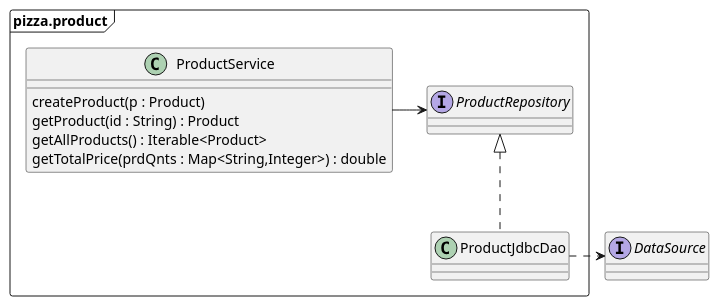
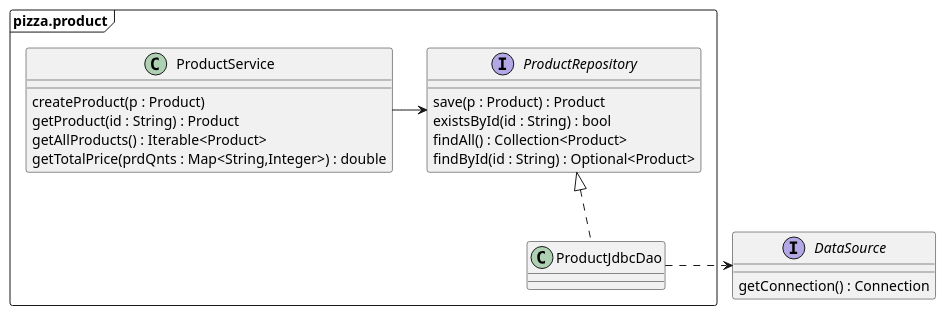
Before and after one commit to codevibe-de/spring-pizza-all: the diagram in doc/product.puml, drawn with PlantUML.

Commit message:
extended product.puml

```diff
--- a/doc/product.puml
+++ b/doc/product.puml
@@ -1,20 +1,30 @@
 @startuml
 'https://plantuml.com/class-diagram
 set namespaceSeparator ::
 
 package "pizza.product" <<Frame>> {
+
 class ProductService {
 createProduct(p : Product)
 getProduct(id : String) : Product
 getAllProducts() : Iterable<Product>
 getTotalPrice(prdQnts : Map<String,Integer>) : double
 }
-interface ProductRepository
+
+interface ProductRepository {
+save(p : Product) : Product
+existsById(id : String) : bool
+findAll() : Collection<Product>
+findById(id : String) : Optional<Product>
+}
+
 class ProductJdbcDao implements ProductRepository
 }
 
-interface DataSource
+interface DataSource {
+getConnection() : Connection
+}
 
 ProductService -right-> ProductRepository
 ProductJdbcDao .-right-> DataSource
 @enduml
```
